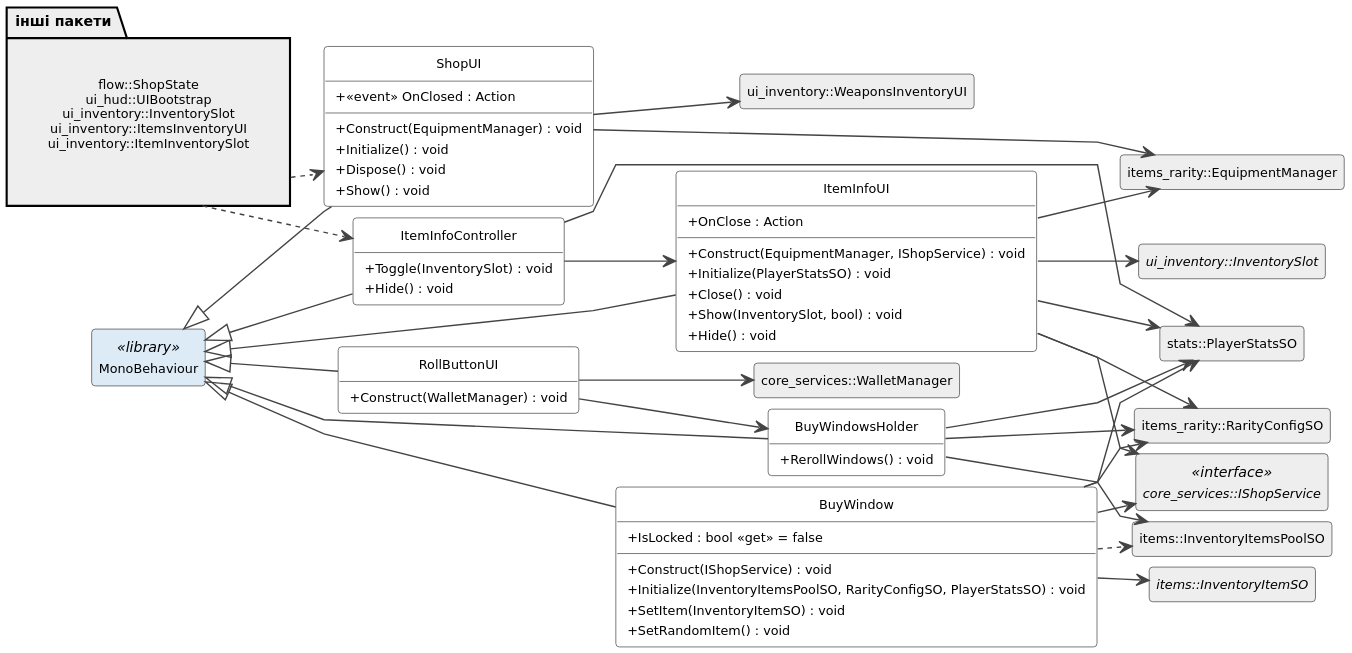
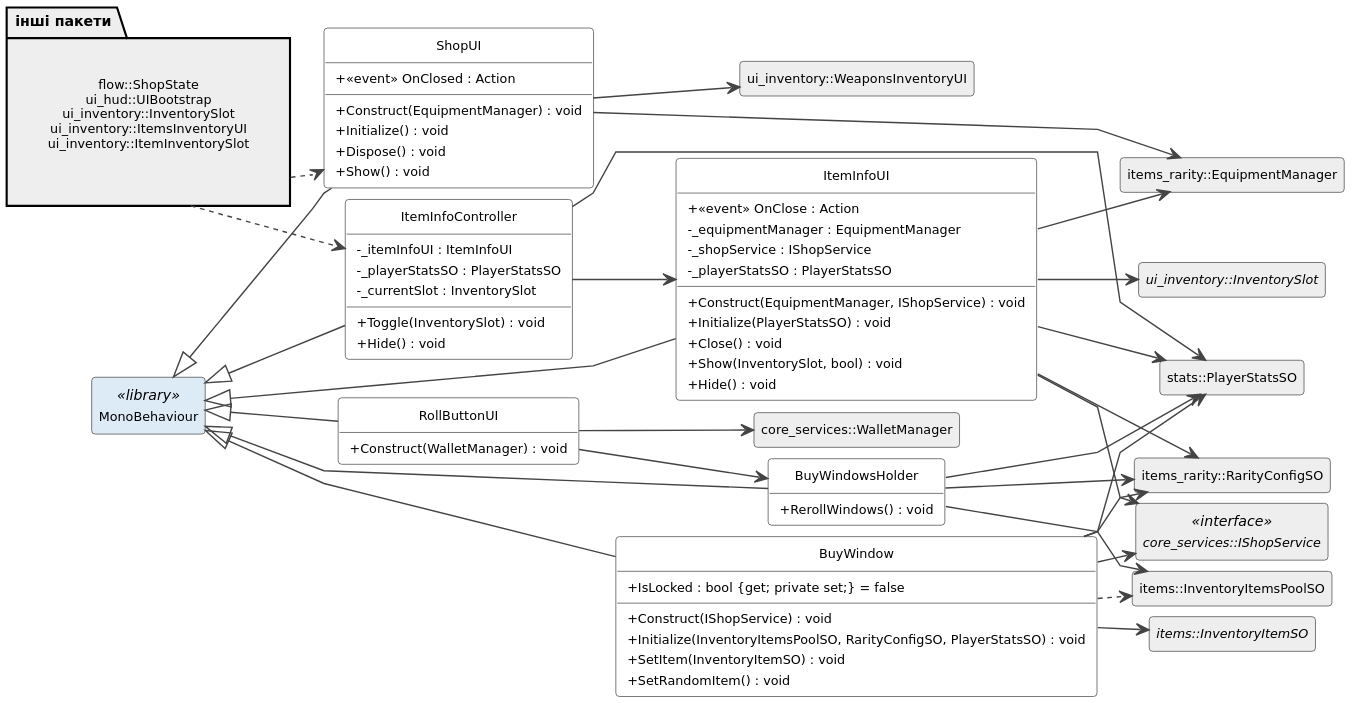
One commit to Rot1k/Undead_Harvest changed the diagram in Diagrams/Class/ui_shop.puml. Above: the diagram before and after it, drawn with PlantUML. The commit also changed 138 other files, not shown here.

```diff
--- a/Diagrams/Class/ui_shop.puml
+++ b/Diagrams/Class/ui_shop.puml
@@ -1,105 +1,111 @@
 @startuml
 skinparam style strictuml
 skinparam classAttributeIconSize 0
 skinparam dpi 200
 skinparam shadowing false
 skinparam defaultFontName DejaVu Sans
 skinparam defaultFontSize 10
 skinparam classFontSize 10
 skinparam classAttributeFontSize 9
 skinparam stereotypeFontSize 8
 skinparam ranksep 16
 skinparam nodesep 8
 skinparam padding 2
 skinparam ClassBackgroundColor White
 skinparam ClassBorderColor #444444
 skinparam ArrowColor #444444
 skinparam ArrowFontSize 8
 skinparam linetype polyline
 skinparam class<<grp>> {
   BackgroundColor White
   BorderColor #444444
 }
 skinparam class<<names>> {
   BackgroundColor transparent
   BorderColor transparent
 }
 hide <<names>> stereotype
 hide <<grp>> stereotype
 hide circle
 left to right direction
 hide empty members
 
 class ShopUI {
   +  <<event>> OnClosed : Action
   + Construct(EquipmentManager) : void
   + Initialize() : void
   + Dispose() : void
   + Show() : void
 }
 class BuyWindow {
-  + IsLocked : bool <<get>> = false
+  + IsLocked : bool {get; private set;} = false
   + Construct(IShopService) : void
   + Initialize(InventoryItemsPoolSO, RarityConfigSO, PlayerStatsSO) : void
   + SetItem(InventoryItemSO) : void
   + SetRandomItem() : void
 }
 class BuyWindowsHolder {
   + RerollWindows() : void
 }
 class RollButtonUI {
   + Construct(WalletManager) : void
 }
 class ItemInfoController {
+  - _itemInfoUI : ItemInfoUI
+  - _playerStatsSO : PlayerStatsSO
+  - _currentSlot : InventorySlot
   + Toggle(InventorySlot) : void
   + Hide() : void
 }
 class ItemInfoUI {
-  + OnClose : Action
+  + <<event>> OnClose : Action
+  - _equipmentManager : EquipmentManager
+  - _shopService : IShopService
+  - _playerStatsSO : PlayerStatsSO
   + Construct(EquipmentManager, IShopService) : void
   + Initialize(PlayerStatsSO) : void
   + Close() : void
   + Show(InventorySlot, bool) : void
   + Hide() : void
 }
 abstract class "items::InventoryItemSO" as InventoryItemSO #EEEEEE
 class "items::InventoryItemsPoolSO" as InventoryItemsPoolSO #EEEEEE
 class "items_rarity::RarityConfigSO" as RarityConfigSO #EEEEEE
 class "items_rarity::EquipmentManager" as EquipmentManager #EEEEEE
 class "stats::PlayerStatsSO" as PlayerStatsSO #EEEEEE
 interface "core_services::IShopService" as IShopService <<interface>> #EEEEEE
 class "core_services::WalletManager" as WalletManager #EEEEEE
 abstract class "ui_inventory::InventorySlot" as InventorySlot #EEEEEE
 class "ui_inventory::WeaponsInventoryUI" as WeaponsInventoryUI #EEEEEE
 class MonoBehaviour <<library>> #DDEBF7
 package "інші пакети" as IN_all #EEEEEE {
   class "flow::ShopState\nui_hud::UIBootstrap\nui_inventory::InventorySlot\nui_inventory::ItemsInventoryUI\nui_inventory::ItemInventorySlot" as IN_all_n <<names>>
 }
 MonoBehaviour <|-- BuyWindow
 MonoBehaviour <|-- BuyWindowsHolder
 MonoBehaviour <|-- ItemInfoController
 MonoBehaviour <|-- ItemInfoUI
 MonoBehaviour <|-- RollButtonUI
 MonoBehaviour <|-- ShopUI
 ItemInfoController --> ItemInfoUI
 RollButtonUI --> BuyWindowsHolder
 BuyWindow --> InventoryItemSO
 BuyWindowsHolder --> InventoryItemsPoolSO
 BuyWindow ..> InventoryItemsPoolSO
 BuyWindow --> RarityConfigSO
 BuyWindowsHolder --> RarityConfigSO
 ItemInfoUI --> RarityConfigSO
 ItemInfoUI --> EquipmentManager
 ShopUI --> EquipmentManager
 BuyWindow --> PlayerStatsSO
 BuyWindowsHolder --> PlayerStatsSO
 ItemInfoController --> PlayerStatsSO
 ItemInfoUI --> PlayerStatsSO
 BuyWindow --> IShopService
 ItemInfoUI --> IShopService
 RollButtonUI --> WalletManager
 ItemInfoUI --> InventorySlot
 ShopUI --> WeaponsInventoryUI
 IN_all ..> ShopUI
 IN_all ..> ItemInfoController
 @enduml
```
